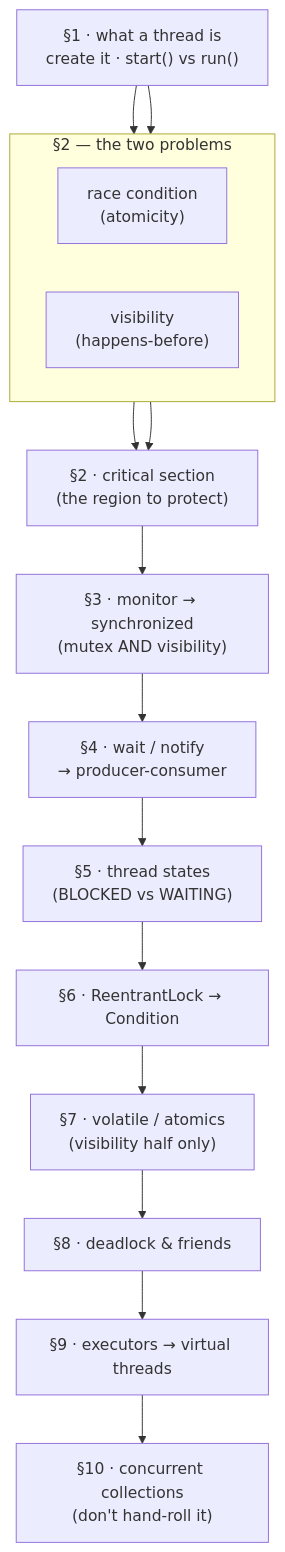
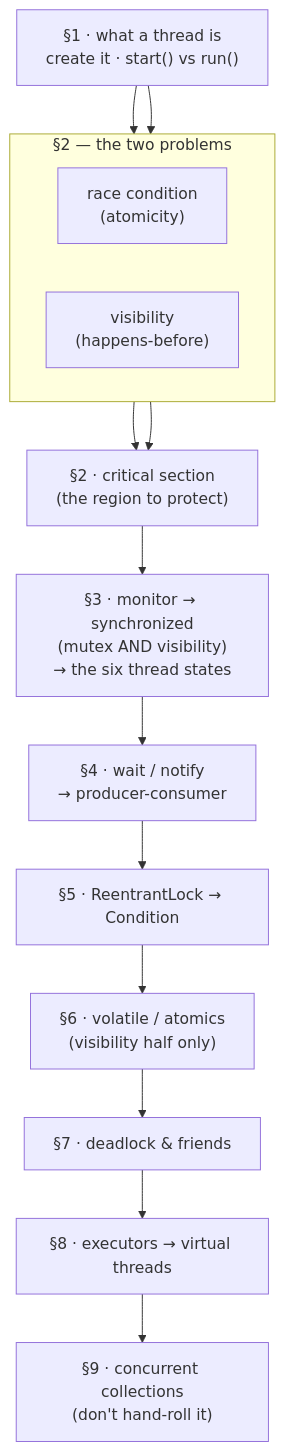
One commit to abgnpr/learning-java changed the first of 4 diagrams in threads-jvm.md. Above: the diagram before and after it, drawn with Mermaid. The commit also changed other lines of this file and 2 other files, not shown here.

First line of the commit message:
HOT COFFEE: §3 absorbs thread states — kit renumbered to 10 blocks

````diff
--- a/threads-jvm.md
+++ b/threads-jvm.md
@@ -36,24 +35,23 @@
 ```mermaid
 flowchart TD
     G["§1 · what a thread is<br/>create it · start() vs run()"]
 
     subgraph problems ["§2 — the two problems"]
         direction LR
         R["race condition<br/>(atomicity)"]
         VP["visibility<br/>(happens-before)"]
     end
 
     G --> R
     G --> VP
 
     R --> CS["§2 · critical section<br/>(the region to protect)"]
     VP --> CS
-    CS --> MON["§3 · monitor → synchronized<br/>(mutex AND visibility)"]
+    CS --> MON["§3 · monitor → synchronized<br/>(mutex AND visibility)<br/>→ the six thread states"]
     MON --> WN["§4 · wait / notify<br/>→ producer-consumer"]
-    WN --> ST["§5 · thread states<br/>(BLOCKED vs WAITING)"]
-    ST --> RL["§6 · ReentrantLock → Condition"]
-    RL --> VO["§7 · volatile / atomics<br/>(visibility half only)"]
-    VO --> DL["§8 · deadlock & friends"]
-    DL --> EX["§9 · executors → virtual threads"]
-    EX --> CC["§10 · concurrent collections<br/>(don't hand-roll it)"]
+    WN --> RL["§5 · ReentrantLock → Condition"]
+    RL --> VO["§6 · volatile / atomics<br/>(visibility half only)"]
+    VO --> DL["§7 · deadlock & friends"]
+    DL --> EX["§8 · executors → virtual threads"]
+    EX --> CC["§9 · concurrent collections<br/>(don't hand-roll it)"]
 ```
````
